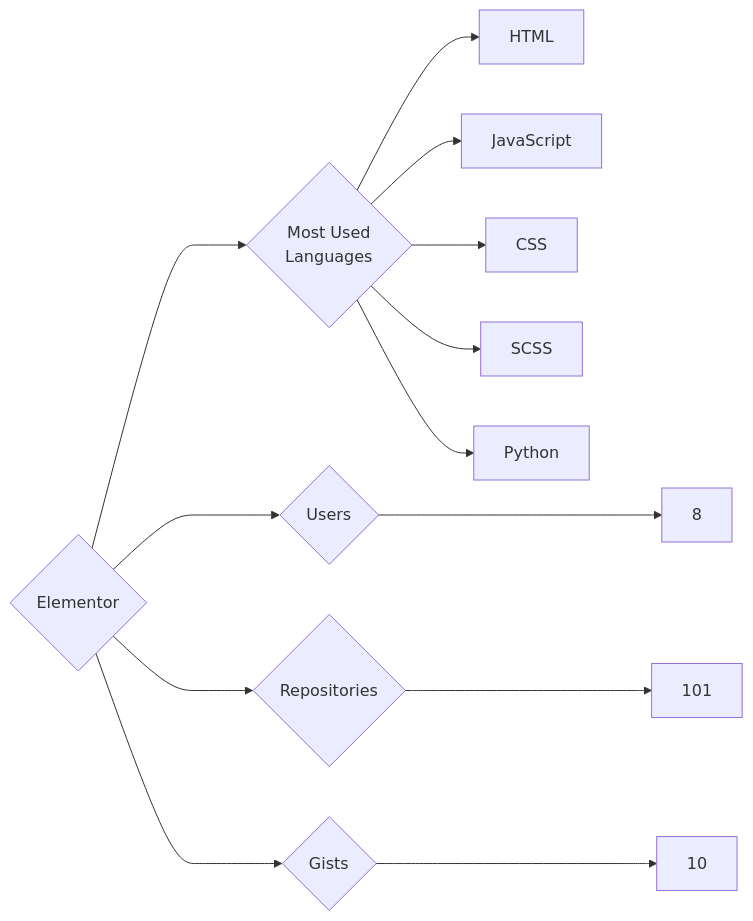
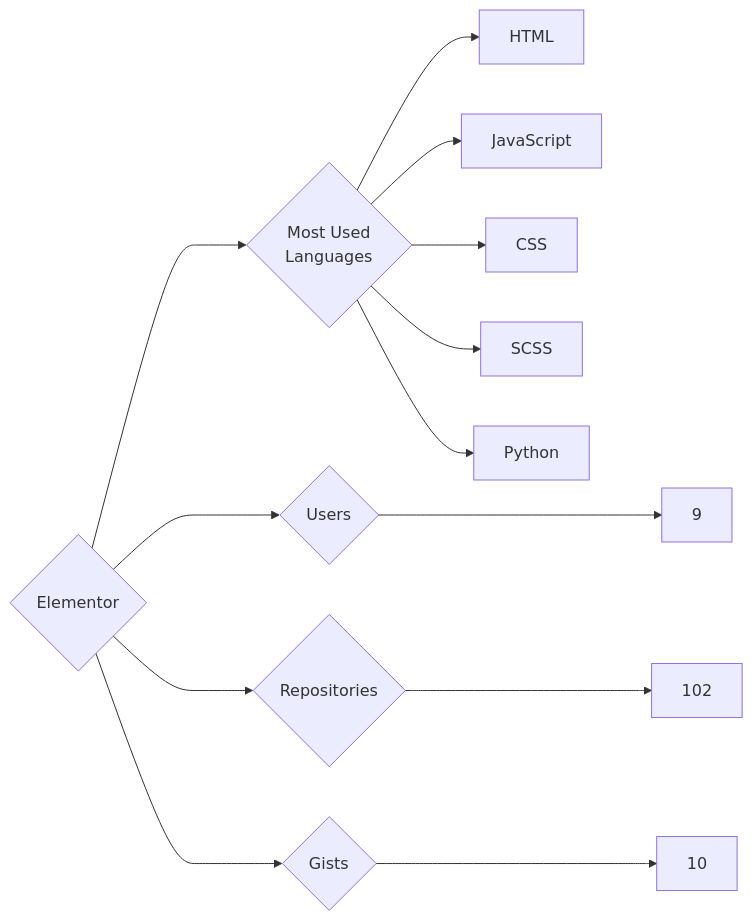
The diagram in targets/Elementor/README.md (trickest/insiders), drawn with Mermaid before and after one commit. The commit also changed 912 other files, not shown here.

````diff
--- a/targets/Elementor/README.md
+++ b/targets/Elementor/README.md
@@ -3,13 +3,13 @@
 ```mermaid
 graph LR
 COMPANY_NAME{Elementor}
-COMPANY_NAME ---> U{Users} ---> UN[8]
-COMPANY_NAME ---> R{Repositories} ---> RN[101]
+COMPANY_NAME ---> U{Users} ---> UN[9]
+COMPANY_NAME ---> R{Repositories} ---> RN[102]
 COMPANY_NAME ---> G{Gists} ---> GN[10]
 COMPANY_NAME ---> ML{Most Used<br>Languages}
 ML --> HTML[HTML]
 ML --> JavaScript[JavaScript]
 ML --> CSS[CSS]
 ML --> SCSS[SCSS]
 ML --> Python[Python]
 ```
````
